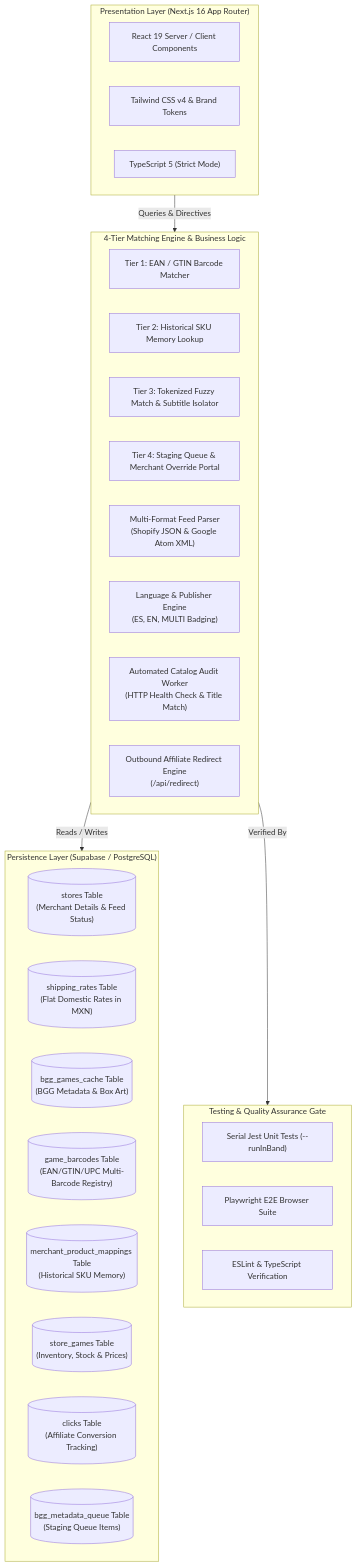
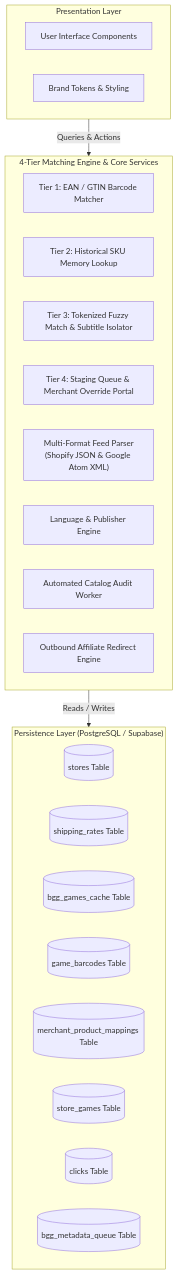
The first of 2 diagrams in MASTER_SPECIFICATION.md (zapata131/elmeeple-tienda), drawn with Mermaid before and after one commit. The commit also changed other lines of this file, not shown here.

````diff
--- a/MASTER_SPECIFICATION.md
+++ b/MASTER_SPECIFICATION.md
@@ -86,40 +86,32 @@
 ```mermaid
 flowchart TD
-    subgraph Frontend["Presentation Layer (Next.js 16 App Router)"]
-        React["React 19 Server / Client Components"]
-        Tailwind["Tailwind CSS v4 & Brand Tokens"]
-        TS["TypeScript 5 (Strict Mode)"]
+    subgraph Frontend["Presentation Layer"]
+        UI["User Interface Components"]
+        Theme["Brand Tokens & Styling"]
     end
 
-    subgraph CoreEngine["4-Tier Matching Engine & Business Logic"]
+    subgraph CoreEngine["4-Tier Matching Engine & Core Services"]
         Tier1["Tier 1: EAN / GTIN Barcode Matcher"]
         Tier2["Tier 2: Historical SKU Memory Lookup"]
         Tier3["Tier 3: Tokenized Fuzzy Match & Subtitle Isolator"]
         Tier4["Tier 4: Staging Queue & Merchant Override Portal"]
         FeedParser["Multi-Format Feed Parser<br/>(Shopify JSON & Google Atom XML)"]
-        LanguageDetector["Language & Publisher Engine<br/>(ES, EN, MULTI Badging)"]
-        AuditWorker["Automated Catalog Audit Worker<br/>(HTTP Health Check & Title Match)"]
-        RedirectEngine["Outbound Affiliate Redirect Engine<br/>(/api/redirect)"]
+        LanguageDetector["Language & Publisher Engine"]
+        AuditWorker["Automated Catalog Audit Worker"]
+        RedirectEngine["Outbound Affiliate Redirect Engine"]
     end
 
-    subgraph DataLayer["Persistence Layer (Supabase / PostgreSQL)"]
-        StoresDB[("stores Table<br/>(Merchant Details & Feed Status)")]
-        ShippingDB[("shipping_rates Table<br/>(Flat Domestic Rates in MXN)")]
-        BggCache[("bgg_games_cache Table<br/>(BGG Metadata & Box Art)")]
-        GameBarcodes[("game_barcodes Table<br/>(EAN/GTIN/UPC Multi-Barcode Registry)")]
-        MerchantMappings[("merchant_product_mappings Table<br/>(Historical SKU Memory)")]
-        StoreGames[("store_games Table<br/>(Inventory, Stock & Prices)")]
-        ClicksLog[("clicks Table<br/>(Affiliate Conversion Tracking)")]
-        QueueDB[("bgg_metadata_queue Table<br/>(Staging Queue Items)")]
+    subgraph DataLayer["Persistence Layer (PostgreSQL / Supabase)"]
+        StoresDB[("stores Table")]
+        ShippingDB[("shipping_rates Table")]
+        BggCache[("bgg_games_cache Table")]
+        GameBarcodes[("game_barcodes Table")]
+        MerchantMappings[("merchant_product_mappings Table")]
+        StoreGames[("store_games Table")]
+        ClicksLog[("clicks Table")]
+        QueueDB[("bgg_metadata_queue Table")]
     end
 
-    subgraph VerificationGate["Testing & Quality Assurance Gate"]
-        Jest["Serial Jest Unit Tests (--runInBand)"]
-        Playwright["Playwright E2E Browser Suite"]
-        Eslint["ESLint & TypeScript Verification"]
-    end
-
-    Frontend -->|Queries & Directives| CoreEngine
+    Frontend -->|Queries & Actions| CoreEngine
     CoreEngine -->|Reads / Writes| DataLayer
-    CoreEngine -->|Verified By| VerificationGate
 ```
````
